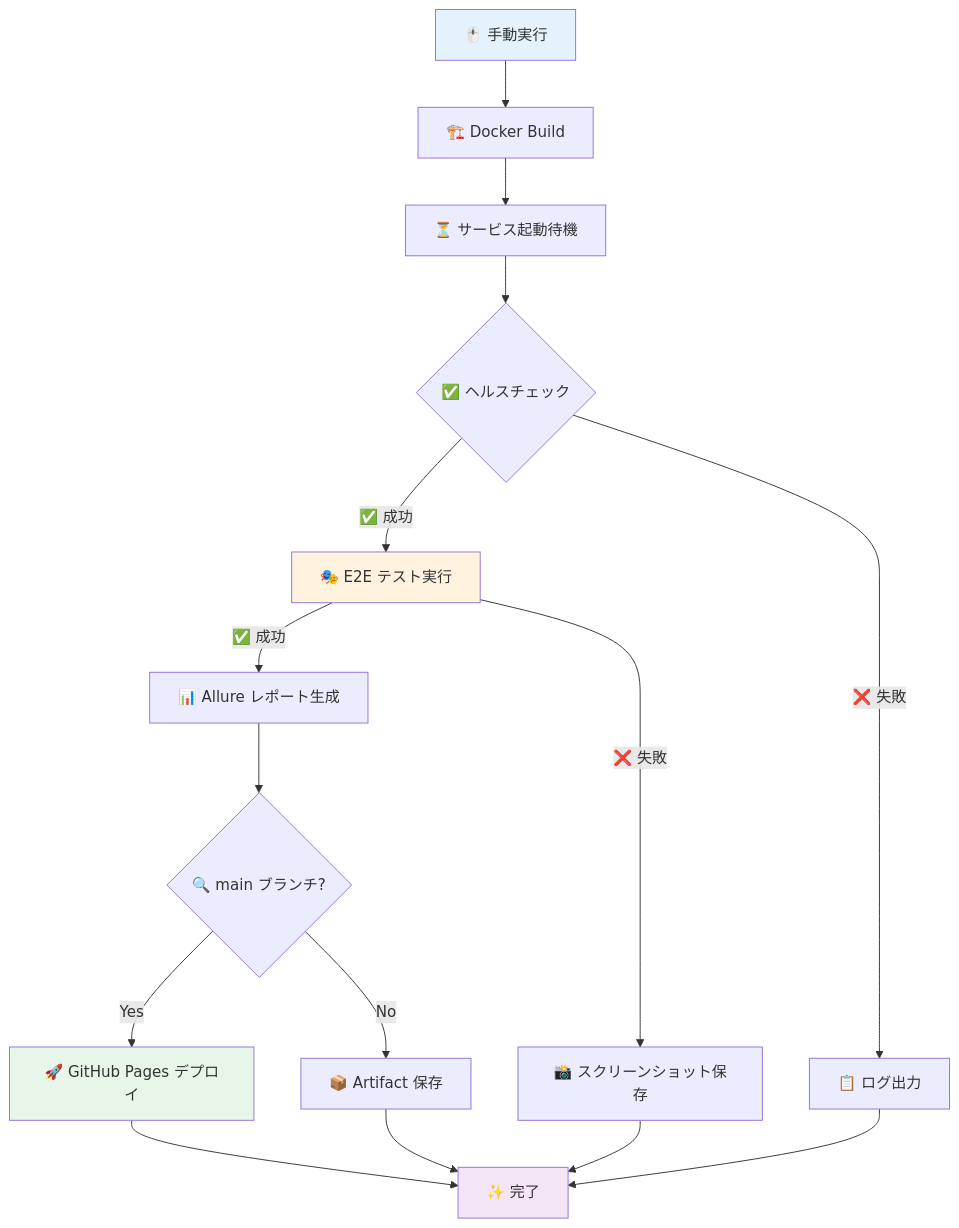
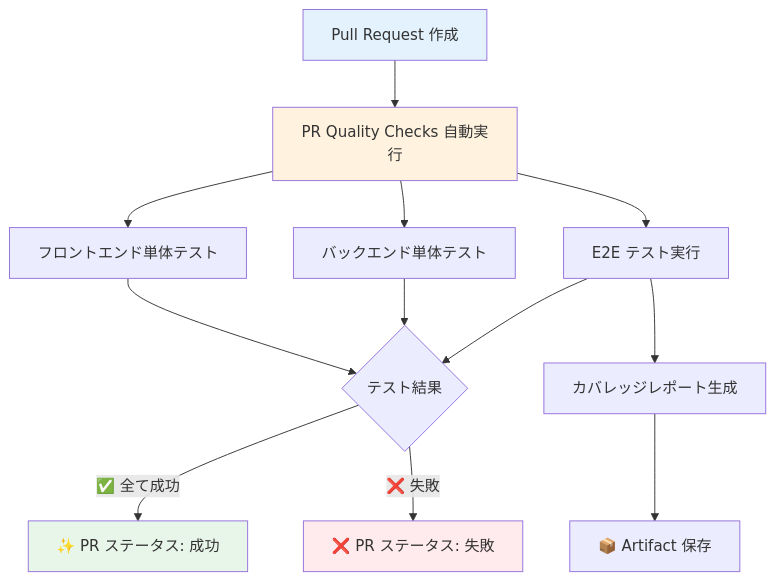
The fourth of 10 diagrams in README.md (cocomomojo/test_app), drawn with Mermaid before and after one commit. The commit also changed other lines of this file and 2 other files, not shown here.

Commit message:
Integrate E2E tests into PR Quality Checks and update GitHub Actions to latest versions

````diff
--- a/README.md
+++ b/README.md
@@ -396,26 +404,23 @@
 ```mermaid
 graph TD
-    A[🖱️ 手動実行] --> B[🏗️ Docker Build]
-
-    B --> C[⏳ サービス起動待機]
-    C --> D{✅ ヘルスチェック}
-    D -->|❌ 失敗| E[📋 ログ出力]
-    D -->|✅ 成功| F[🎭 E2E テスト実行]
-
-    F -->|❌ 失敗| G[📸 スクリーンショット保存]
-    F -->|✅ 成功| H[📊 Allure レポート生成]
-
-    H --> I{🔍 main ブランチ?}
-    I -->|Yes| J[🚀 GitHub Pages デプロイ]
-    I -->|No| K[📦 Artifact 保存]
-
-    J --> L[✨ 完了]
-    K --> L
-    G --> L
-    E --> L
-
+    A[Pull Request 作成] --> B[PR Quality Checks 自動実行]
+    
+    B --> C[フロントエンド単体テスト]
+    B --> D[バックエンド単体テスト]
+    B --> E[E2E テスト実行]
+    
+    C --> F{テスト結果}
+    D --> F
+    E --> F
+    
+    F -->|✅ 全て成功| G[✨ PR ステータス: 成功]
+    F -->|❌ 失敗| H[❌ PR ステータス: 失敗]
+    
+    E --> I[カバレッジレポート生成]
+    I --> J[📦 Artifact 保存]
+    
     style A fill:#e3f2fd
-    style F fill:#fff3e0
-    style J fill:#e8f5e9
-    style L fill:#f3e5f5
+    style B fill:#fff3e0
+    style G fill:#e8f5e9
+    style H fill:#ffebee
 ```
````
